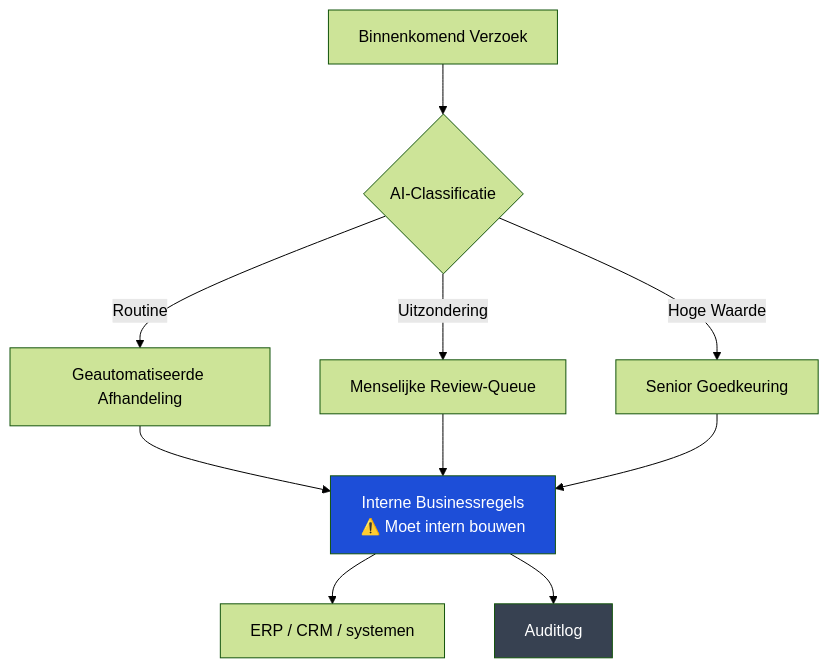
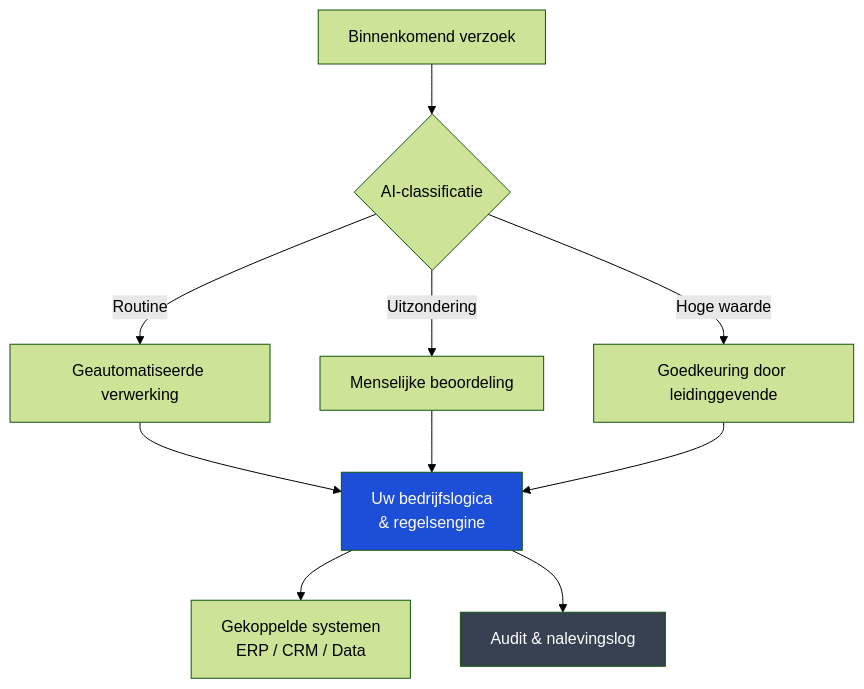
One commit to fps4/web-faridgurbanov changed the second of 4 diagrams in src/content/nl/blog/it-org-ai-transformation.md. Above: the diagram before and after it, drawn with Mermaid (forest theme). The commit also changed other lines of this file and 13 other files, not shown here.

````diff
--- a/src/content/nl/blog/it-org-ai-transformation.md
+++ b/src/content/nl/blog/it-org-ai-transformation.md
@@ -56,17 +56,17 @@
 ```mermaid
 flowchart TD
-    A["Binnenkomend Verzoek"] --> B{"AI‑Classificatie"}
-    B -->|"Routine"| C["Geautomatiseerde Afhandeling"]
-    B -->|"Uitzondering"| D["Menselijke Review‑Queue"]
-    B -->|"Hoge Waarde"| E["Senior Goedkeuring"]
+    A["Binnenkomend verzoek"] --> B{"AI-classificatie"}
+    B -->|"Routine"| C["Geautomatiseerde verwerking"]
+    B -->|"Uitzondering"| D["Menselijke beoordeling"]
+    B -->|"Hoge waarde"| E["Goedkeuring door leidinggevende"]
     
-    C --> F["Interne Businessregels\n⚠️ Moet intern bouwen"]
+    C --> F["Uw bedrijfslogica\n& regelsengine"]
     D --> F
     E --> F
     
-    F --> G["ERP / CRM / systemen"]
-    F --> H["Auditlog"]
+    F --> G["Gekoppelde systemen\nERP / CRM / Data"]
+    F --> H["Audit & nalevingslog"]
     
     style F fill:#1d4ed8,color:#fff
     style H fill:#374151,color:#fff
 ```
````
